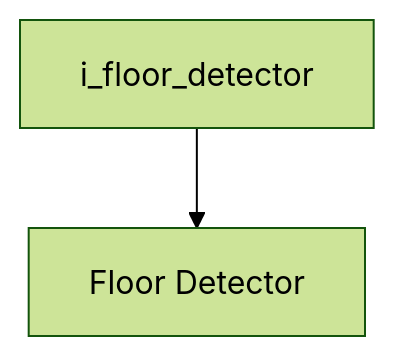
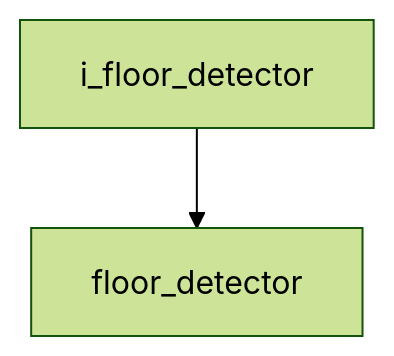
One commit to kasper-szczerba/autonomous_control_system_wiki changed the second of 2 diagrams in docs/codebase/namespaces/vision/interfaces/detection/i_floor_detector.md. Above: the diagram before and after it, drawn with Mermaid (forest theme). The commit also changed other lines of this file and 41 other files, not shown here.

````diff
--- a/docs/codebase/namespaces/vision/interfaces/detection/i_floor_detector.md
+++ b/docs/codebase/namespaces/vision/interfaces/detection/i_floor_detector.md
@@ -27,5 +25,5 @@
 ```mermaid
 graph TD
     i_floor_detector["i_floor_detector"]
-    i_floor_detector["i_floor_detector"] --> floor_detector["Floor Detector"]
+    i_floor_detector["i_floor_detector"] --> floor_detector["floor_detector"]
 ```
````
